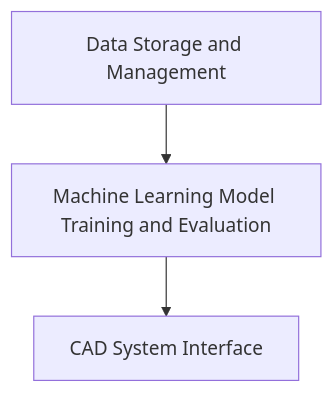
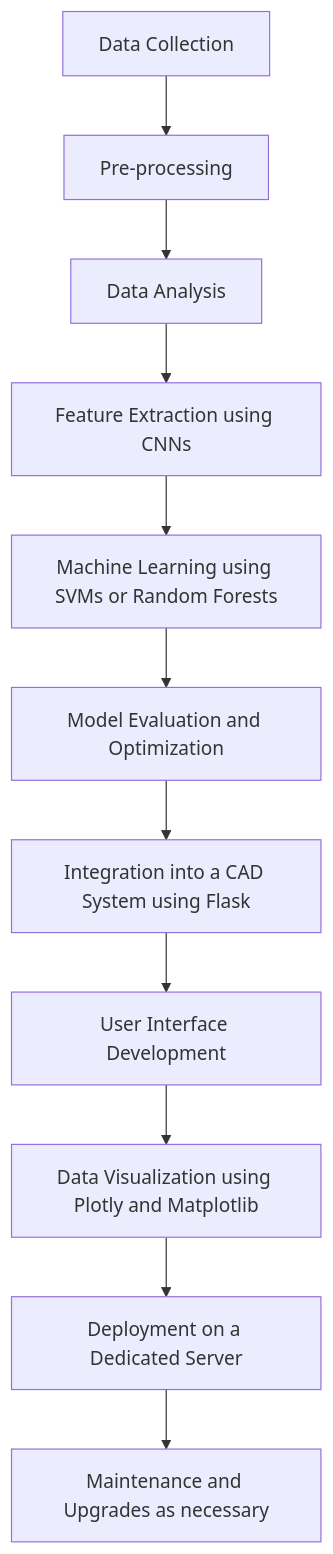
The diagram in project/proposal/Rivertion/Proposal_Rivertion.md (drshahizan/special-topic-data-engineering), drawn with Mermaid before and after one commit. The commit also changed other lines of this file, not shown here.

Commit message:
Update Flowchart

````diff
--- a/project/proposal/Rivertion/Proposal_Rivertion.md
+++ b/project/proposal/Rivertion/Proposal_Rivertion.md
@@ -160,5 +160,13 @@
 ```mermaid
 graph TD;
-    A[Data Storage and Management]-->B[Machine Learning Model Training and Evaluation];
-    B[Machine Learning Model Training and Evaluation]-->C[CAD System Interface];
+    A[Data Collection]-->B[Pre-processing];
+    B[Pre-processing]-->C[Data Analysis];
+    C[Data Analysis]-->D[Feature Extraction using CNNs];
+    D[Feature Extraction using CNNs]-->E[Machine Learning using SVMs or Random Forests];
+    E[Machine Learning using SVMs or Random Forests]-->F[Model Evaluation and Optimization];
+    F[Model Evaluation and Optimization]-->G[Integration into a CAD System using Flask];
+    G[Integration into a CAD System using Flask]-->H[User Interface Development];
+    H[User Interface Development]-->I[Data Visualization using Plotly and Matplotlib];
+    I[Data Visualization using Plotly and Matplotlib]-->J[Deployment on a Dedicated Server];
+    J[Deployment on a Dedicated Server]-->K[Maintenance and Upgrades as necessary];
 ```
````
